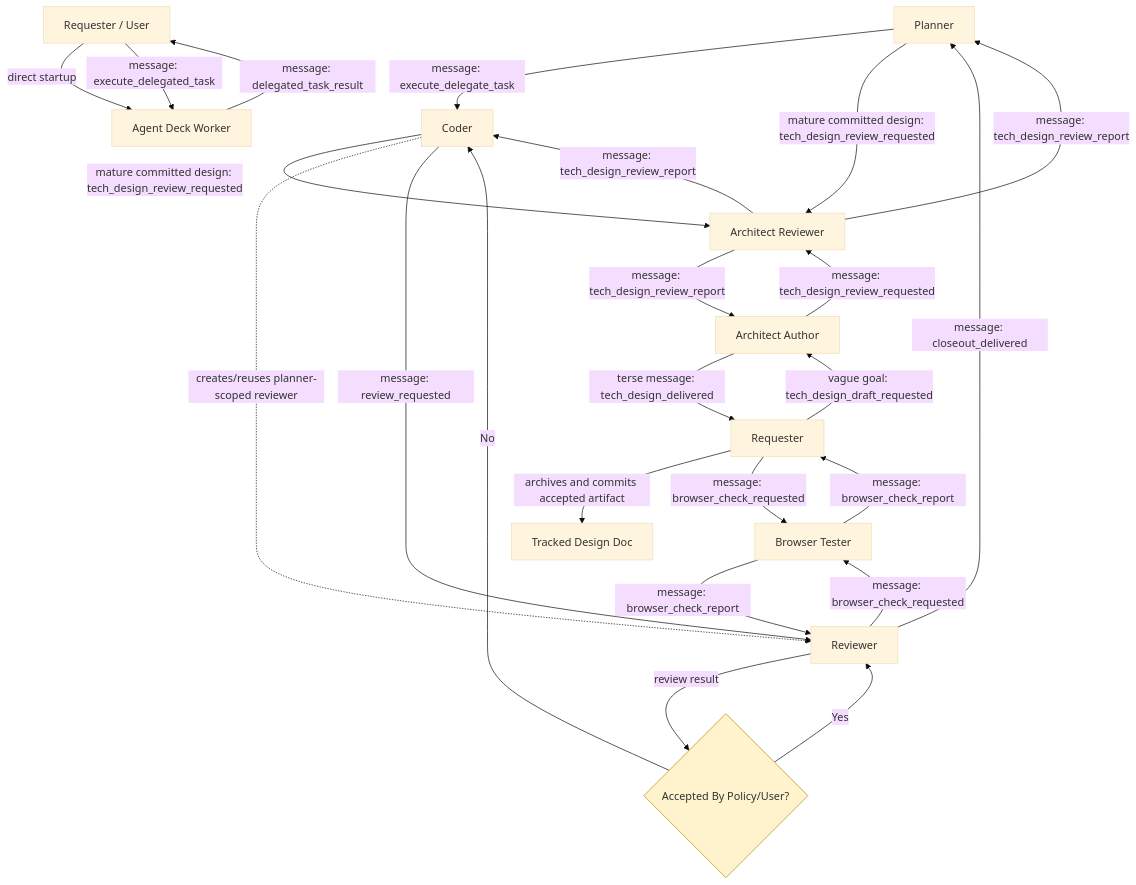
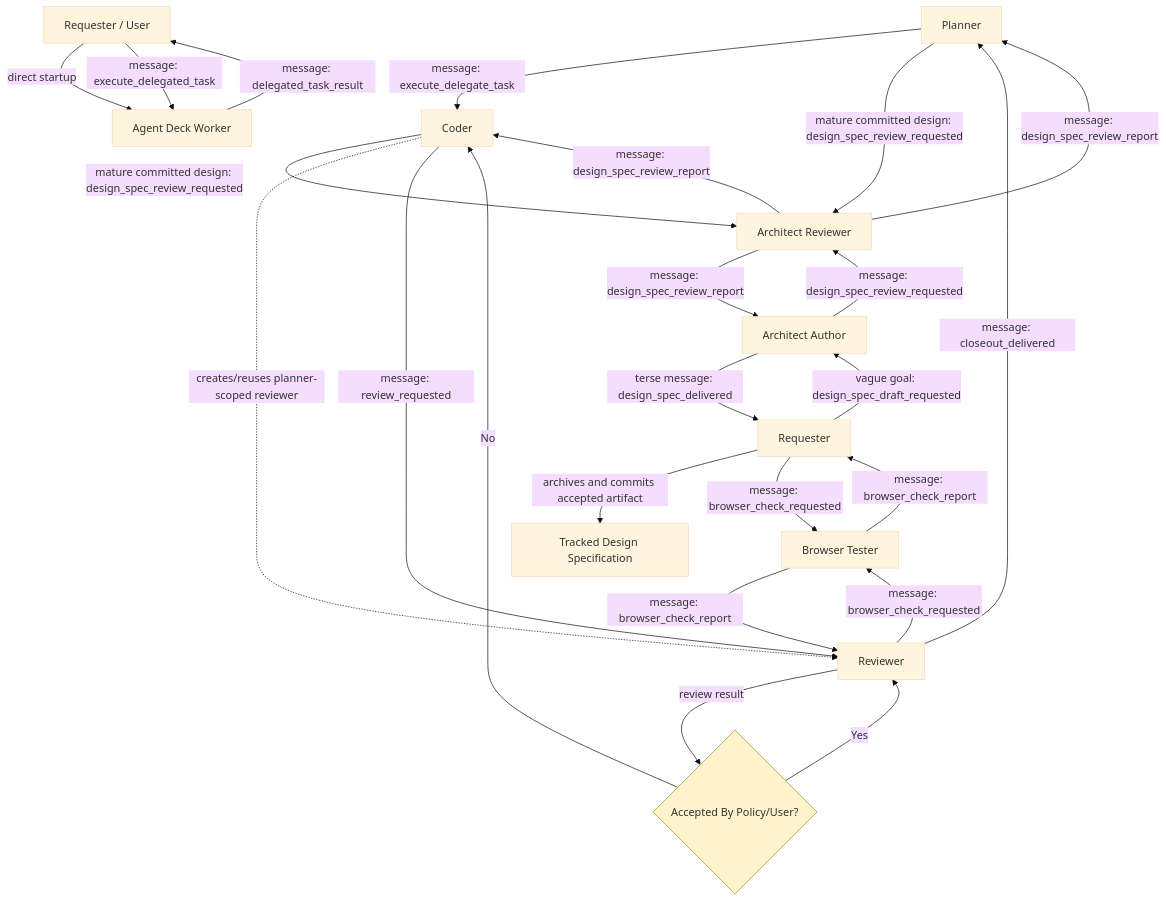
The diagram in skills/README.md (ruiheng/agentgear), drawn with Mermaid (base theme) before and after one commit. The commit also changed other lines of this file and 56 other files, not shown here.

Commit message:
refactor(workflow): rename shared protocol and design specification skills

````diff
--- a/skills/README.md
+++ b/skills/README.md
@@ -130,28 +130,28 @@
 ```mermaid
 flowchart TD
     Q[Requester / User] -->|direct startup| W[Agent Deck Worker]
     Q -->|message: execute_delegated_task| W
     W -->|message: delegated_task_result| Q
     P[Planner] -->|message: execute_delegate_task| C[Coder]
-    X[Original Requester] -->|vague goal: tech_design_draft_requested| DA[Architect Author]
-    DA -->|message: tech_design_review_requested| A[Architect Reviewer]
-    A -->|message: tech_design_review_report| DA
-    DA -->|terse message: tech_design_delivered| X
-    X -->|archives and commits accepted artifact| D[Tracked Design Doc]
-    P -->|mature committed design: tech_design_review_requested| A
-    C -->|mature committed design: tech_design_review_requested| A
-    A -->|message: tech_design_review_report| P
-    A -->|message: tech_design_review_report| C
+    X[Original Requester] -->|vague goal: design_spec_draft_requested| DA[Architect Author]
+    DA -->|message: design_spec_review_requested| A[Architect Reviewer]
+    A -->|message: design_spec_review_report| DA
+    DA -->|terse message: design_spec_delivered| X
+    X -->|archives and commits accepted artifact| D[Tracked Design Specification]
+    P -->|mature committed design: design_spec_review_requested| A
+    C -->|mature committed design: design_spec_review_requested| A
+    A -->|message: design_spec_review_report| P
+    A -->|message: design_spec_review_report| C
     C -. creates/reuses planner-scoped reviewer .-> R[Reviewer]
     C -->|message: review_requested| R
     R -->|message: browser_check_requested| B[Browser Tester]
     B -->|message: browser_check_report| R
     X[Requester] -->|message: browser_check_requested| B
     B -->|message: browser_check_report| X
     R -->|review result| DEC{Accepted By Policy/User?}
     DEC -- No --> C
     DEC -- Yes --> R
     R -->|message: closeout_delivered| P
 
     style DEC fill:#fff3cd,stroke:#b58900,stroke-width:1px
 ```
````
